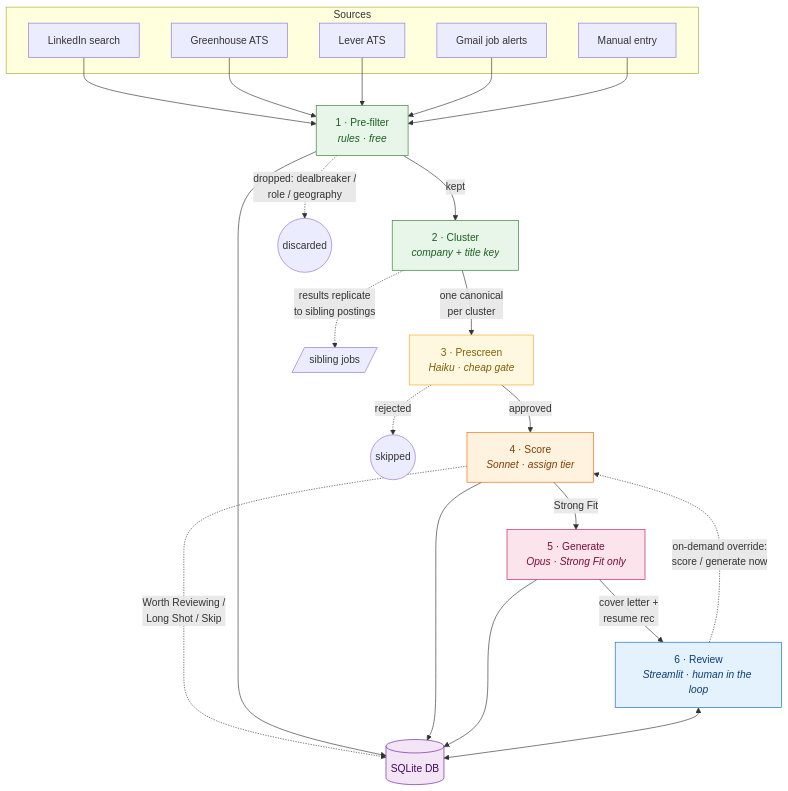
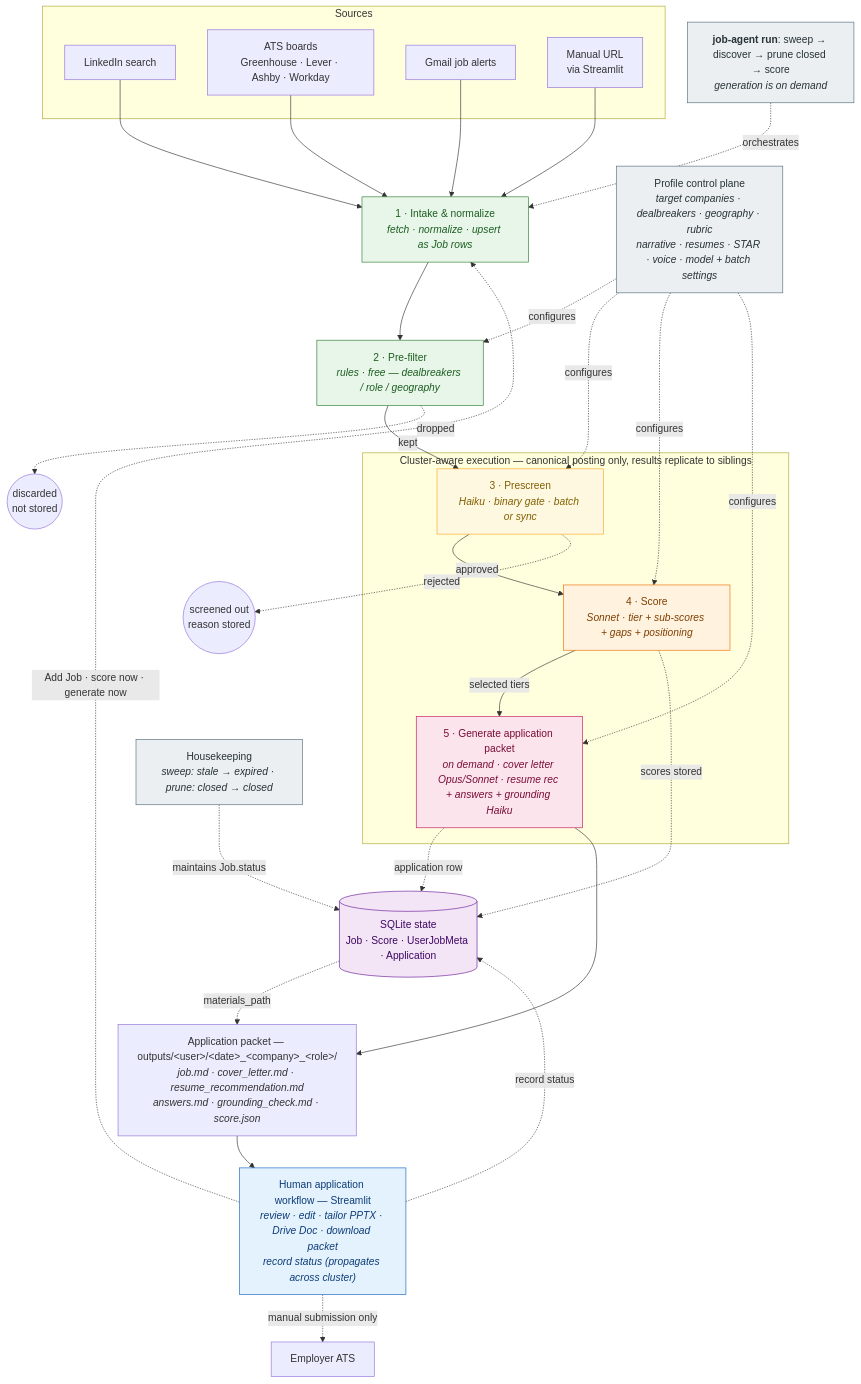
The first of 2 diagrams in OVERVIEW.md (theokelly/job-search-pipeline), drawn with Mermaid before and after one commit. The commit also changed other lines of this file and 3 other files, not shown here.

Commit message:
docs: add system architecture diagram; revise funnel diagram

````diff
--- a/OVERVIEW.md
+++ b/OVERVIEW.md
@@ -78,54 +78,73 @@
 ```mermaid
 flowchart TD
+    RUN["<b>job-agent run</b>: sweep → discover → prune closed → score<br/><i>generation is on demand</i>"]
+
     subgraph SRC[Sources]
         LI[LinkedIn search]
-        GH[Greenhouse ATS]
-        LV[Lever ATS]
+        ATS[ATS boards<br/>Greenhouse · Lever · Ashby · Workday]
         EM[Gmail job alerts]
-        MAN[Manual entry]
+        MAN[Manual URL<br/>via Streamlit]
     end
 
-    LI --> F
-    GH --> F
-    LV --> F
-    EM --> F
-    MAN --> F
+    LI --> INT
+    ATS --> INT
+    EM --> INT
+    MAN --> INT
+    RUN -.->|orchestrates| INT
 
-    F["1 · Pre-filter<br/><i>rules · free</i>"]
-    CL["2 · Cluster<br/><i>company + title key</i>"]
-    PS["3 · Prescreen<br/><i>Haiku · cheap gate</i>"]
-    SC["4 · Score<br/><i>Sonnet · assign tier</i>"]
-    GEN["5 · Generate<br/><i>Opus · Strong Fit only</i>"]
-    UI["6 · Review<br/><i>Streamlit · human in the loop</i>"]
+    INT["1 · Intake &amp; normalize<br/><i>fetch · normalize · upsert as Job rows</i>"]
+    F["2 · Pre-filter<br/><i>rules · free — dealbreakers / role / geography</i>"]
 
-    F -->|kept| CL
-    F -.->|dropped: dealbreaker /<br/>role / geography| X1((discarded))
-    CL -->|one canonical<br/>per cluster| PS
-    PS -->|approved| SC
-    PS -.->|rejected| X2((skipped))
-    SC -->|Strong Fit| GEN
-    SC -.->|Worth Reviewing /<br/>Long Shot / Skip| DB[(SQLite DB)]
-    GEN -->|cover letter +<br/>resume rec| UI
+    INT --> F
+    F -->|kept| PS
+    F -.->|dropped| X1((discarded<br/>not stored))
 
-    CL -. "results replicate<br/>to sibling postings" .-> SIB[/sibling jobs/]
+    subgraph CLUS[Cluster-aware execution — canonical posting only, results replicate to siblings]
+        PS["3 · Prescreen<br/><i>Haiku · binary gate · batch or sync</i>"]
+        SC["4 · Score<br/><i>Sonnet · tier + sub-scores + gaps + positioning</i>"]
+        GEN["5 · Generate application packet<br/><i>on demand · cover letter Opus/Sonnet · resume rec + answers + grounding Haiku</i>"]
+        PS -->|approved| SC
+        SC -->|selected tiers| GEN
+    end
 
-    F --> DB
-    SC --> DB
-    GEN --> DB
-    UI <--> DB
-    UI -.->|on-demand override:<br/>score / generate now| SC
+    PS -.->|rejected| X2((screened out<br/>reason stored))
+
+    PROF["Profile control plane<br/><i>target companies · dealbreakers · geography · rubric<br/>narrative · resumes · STAR · voice · model + batch settings</i>"]
+    PROF -.->|configures| F
+    PROF -.->|configures| PS
+    PROF -.->|configures| SC
+    PROF -.->|configures| GEN
+
+    DB[("SQLite state<br/>Job · Score · UserJobMeta · Application")]
+    SC -.->|scores stored| DB
+    GEN -.->|application row| DB
+
+    OUT["Application packet — outputs/&lt;user&gt;/&lt;date&gt;_&lt;company&gt;_&lt;role&gt;/<br/><i>job.md · cover_letter.md · resume_recommendation.md<br/>answers.md · grounding_check.md · score.json</i>"]
+    GEN --> OUT
+    DB -.->|materials_path| OUT
+
+    HK["Housekeeping<br/><i>sweep: stale → expired · prune: closed → closed</i>"]
+    HK -.->|maintains Job.status| DB
+
+    HUM["Human application workflow — Streamlit<br/><i>review · edit · tailor PPTX · Drive Doc · download packet<br/>record status (propagates across cluster)</i>"]
+    OUT --> HUM
+    HUM -.->|manual submission only| EMP[Employer ATS]
+    HUM -.->|record status| DB
+    HUM -.->|Add Job · score now · generate now| INT
 
     classDef free fill:#e8f5e9,stroke:#2e7d32,color:#1b5e20;
     classDef cheap fill:#fff8e1,stroke:#f9a825,color:#7f6000;
     classDef mid fill:#fff3e0,stroke:#ef6c00,color:#7f3e00;
     classDef expensive fill:#fce4ec,stroke:#c2185b,color:#7a0c37;
     classDef human fill:#e3f2fd,stroke:#1565c0,color:#0d3c78;
     classDef store fill:#f3e5f5,stroke:#6a1b9a,color:#3e0764;
+    classDef ctrl fill:#eceff1,stroke:#546e7a,color:#263238;
 
-    class F,CL free;
+    class INT,F free;
     class PS cheap;
     class SC mid;
     class GEN expensive;
-    class UI human;
+    class HUM human;
     class DB store;
+    class PROF,RUN,HK ctrl;
 ```
````
